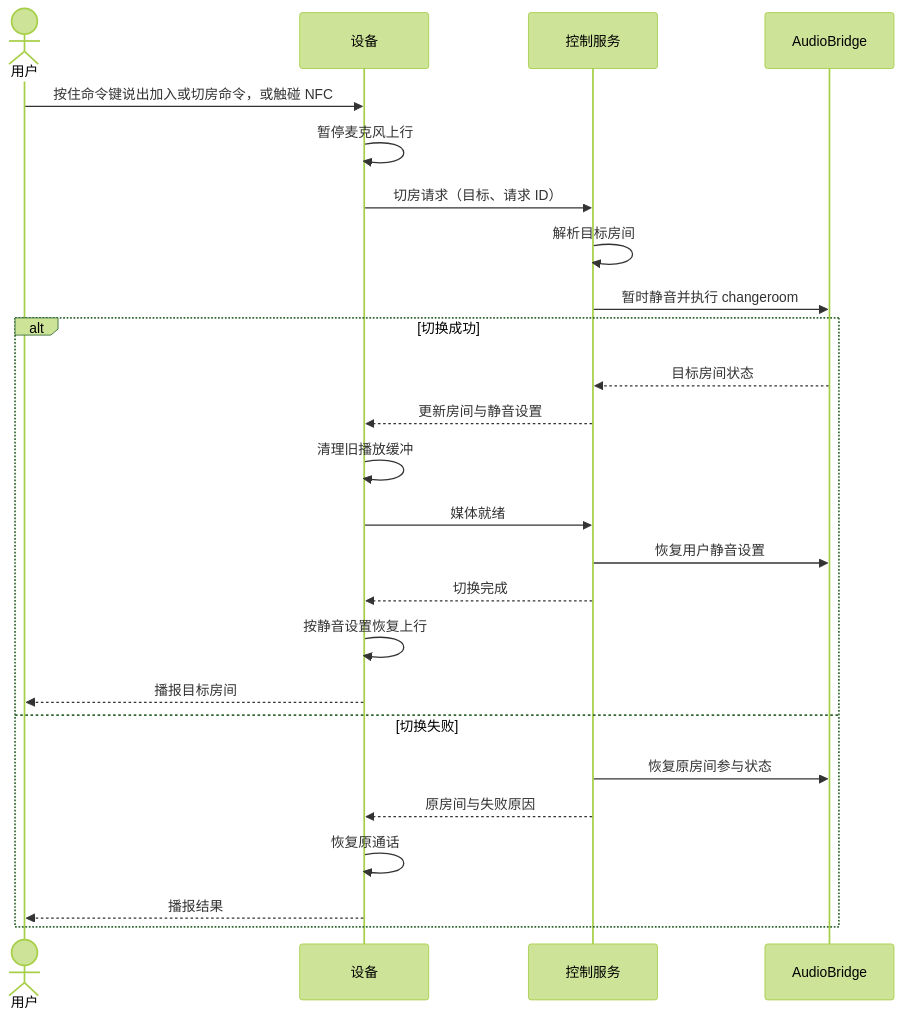
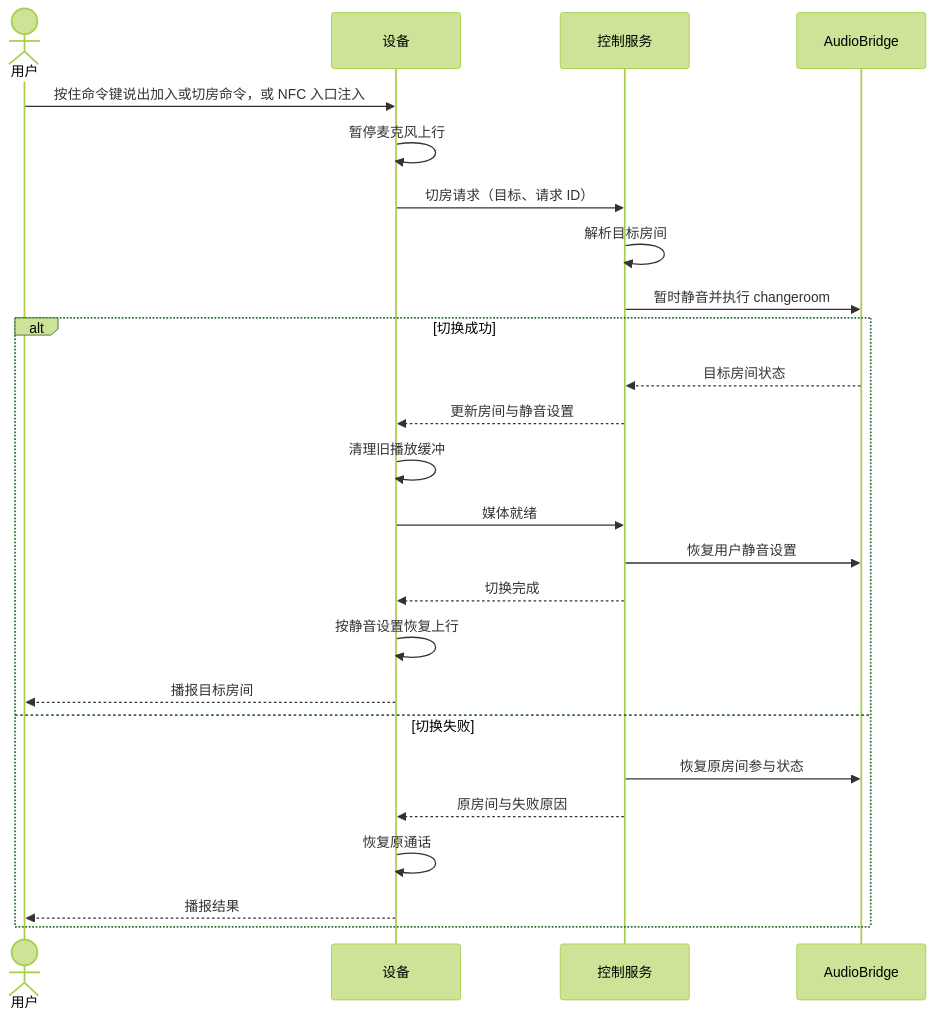
The fifth of 7 diagrams in docs/architecture-design.md (Shi1xin/linx-intercom), drawn with Mermaid (forest theme) before and after one commit. The commit also changed other lines of this file and 13 other files, not shown here.

````diff
--- a/docs/architecture-design.md
+++ b/docs/architecture-design.md
@@ -155,27 +156,27 @@
 ```mermaid
 sequenceDiagram
     actor U as 用户
     participant D as 设备
     participant C as 控制服务
     participant J as AudioBridge
-    U->>D: 按住命令键说出加入或切房命令，或触碰 NFC
+    U->>D: 按住命令键说出加入或切房命令，或 NFC 入口注入
     D->>D: 暂停麦克风上行
     D->>C: 切房请求（目标、请求 ID）
     C->>C: 解析目标房间
     C->>J: 暂时静音并执行 changeroom
     alt 切换成功
         J-->>C: 目标房间状态
         C-->>D: 更新房间与静音设置
         D->>D: 清理旧播放缓冲
         D->>C: 媒体就绪
         C->>J: 恢复用户静音设置
         C-->>D: 切换完成
         D->>D: 按静音设置恢复上行
         D-->>U: 播报目标房间
     else 切换失败
         C->>J: 恢复原房间参与状态
         C-->>D: 原房间与失败原因
         D->>D: 恢复原通话
         D-->>U: 播报结果
     end
 ```
````
